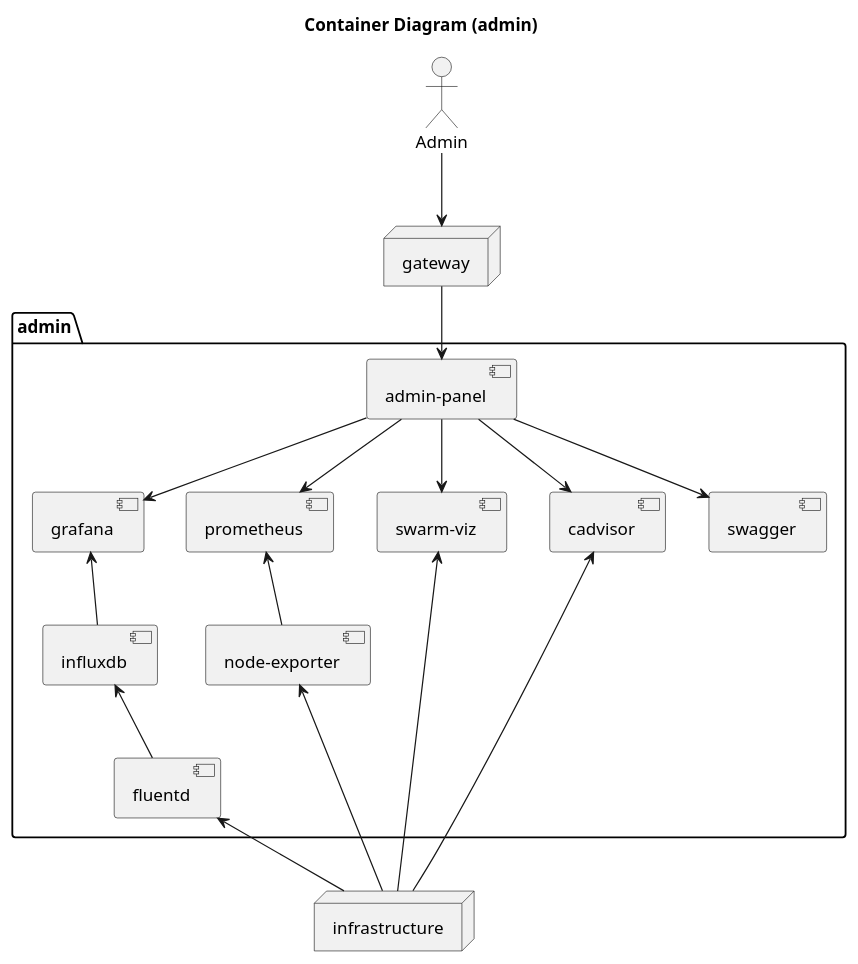
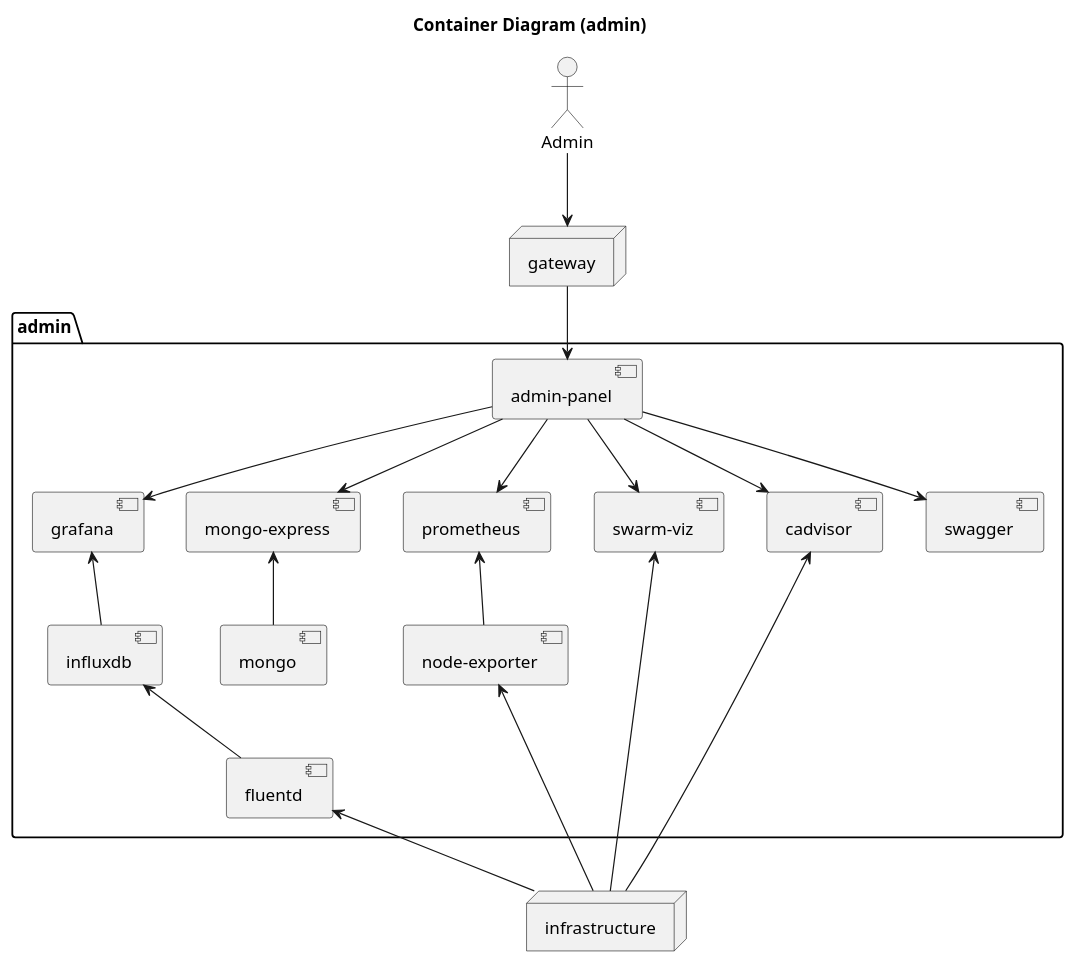
One commit to jamro/oversort changed the diagram in docs/diagrams/container_admin.puml. Above: the diagram before and after it, drawn with PlantUML. The commit also changed 24 other files, not shown here.

```diff
--- a/docs/diagrams/container_admin.puml
+++ b/docs/diagrams/container_admin.puml
@@ -1,35 +1,39 @@
 @startuml
 
 title Container Diagram (admin)
 
 actor Admin
 node gateway
 node infrastructure
 
 package "admin" {
   [admin-panel]
   [cadvisor]
   [fluentd]
   [grafana]
   [influxdb]
   [node-exporter]
   [prometheus]
   [swagger]
   [swarm-viz]
+  [mongo-express]
+  [mongo]
 }
 
 Admin --> [gateway]
 [gateway] --> [admin-panel]
 [admin-panel] --> [swarm-viz]
 [admin-panel] --> [cadvisor]
 [admin-panel] --> [prometheus]
 [admin-panel] --> [grafana]
 [admin-panel] --> [swagger]
+[admin-panel] --> [mongo-express]
 [fluentd] -up-> [influxdb]
 [influxdb] -up-> [grafana]
+[mongo] -up-> [mongo-express]
 [node-exporter] -up-> [prometheus]
 infrastructure -up-> [fluentd]
 infrastructure -up-> [cadvisor]
 infrastructure -up-> [swarm-viz]
 infrastructure -up-> [node-exporter]
 @enduml
```
